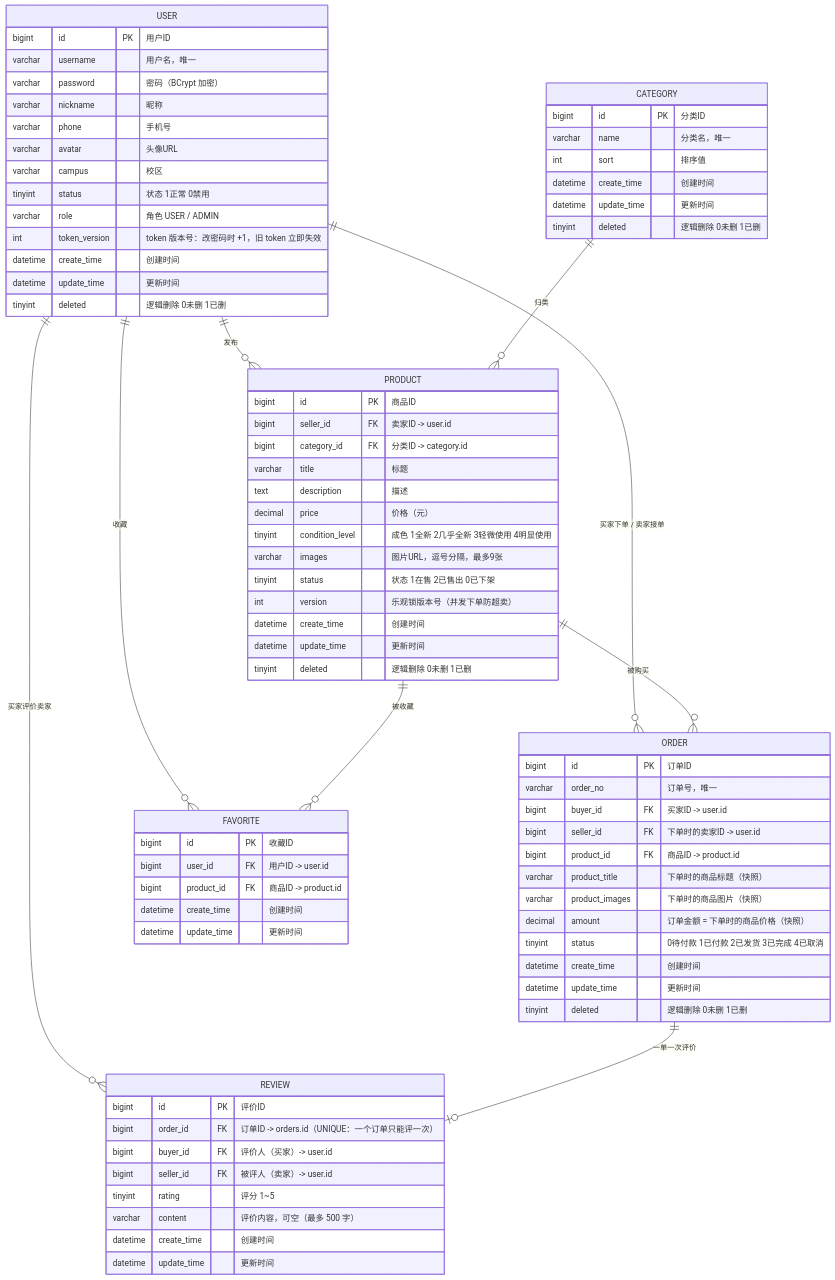
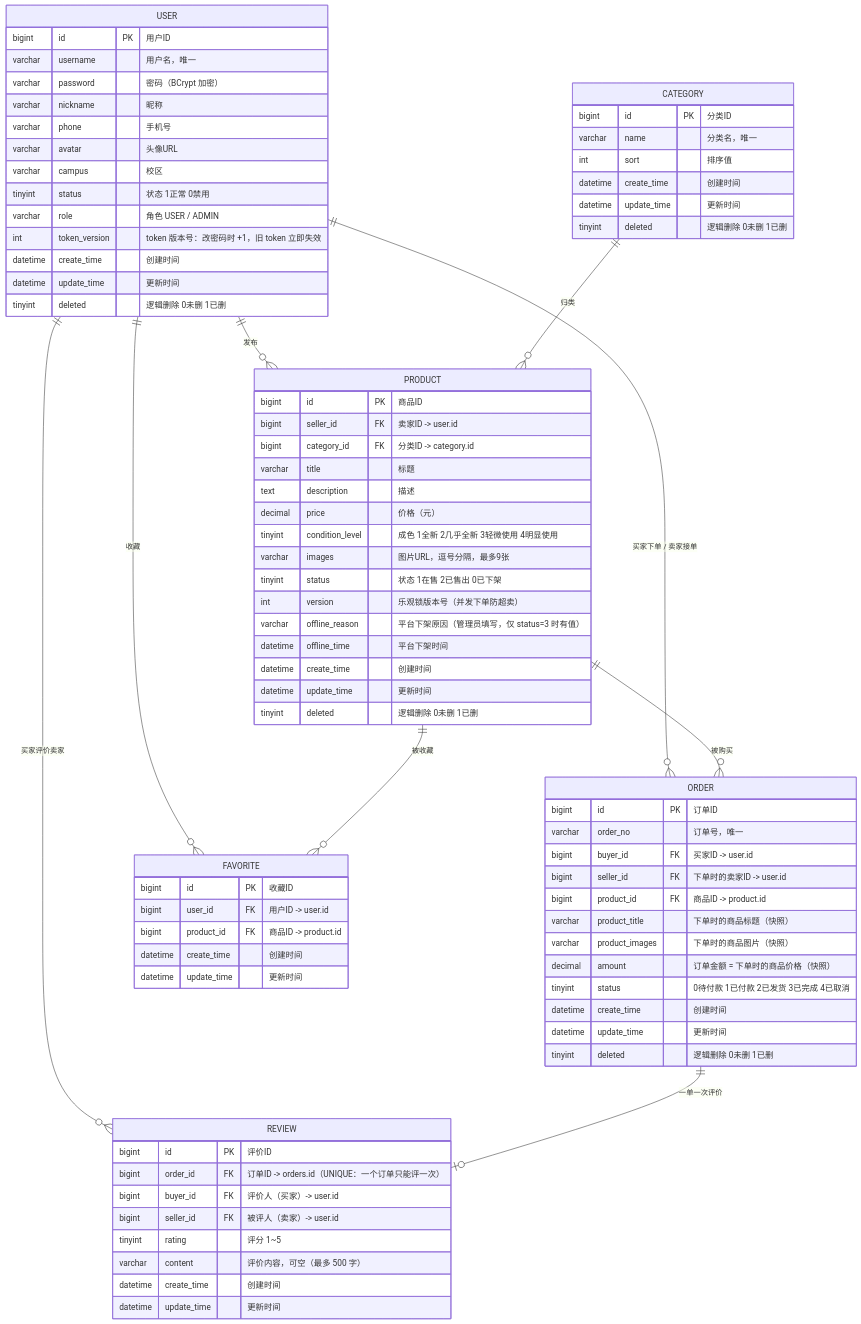
One commit to caijj9/CampusMart changed the diagram in docs/er-diagram.md. Above: the diagram before and after it, drawn with Mermaid. The commit also changed 2 other files, not shown here.

Commit message:
feat(product): product 表新增 offline_reason / offline_time（平台下架预留）
为 D7 平台强制下架准备字段：卖家下架是 status=0，平台下架是 status=3，这两列只在平台下架时有值。字段写进 init.sql 的 CREATE TABLE（不加 ALTER，保持幂等）；已有库用一次性 ALTER 补列；er-diagram 同步；README 的 mermaid 是关系图无字段，本次不动

```diff
--- a/docs/er-diagram.md
+++ b/docs/er-diagram.md
@@ -49,6 +49,8 @@
         varchar  images             "图片URL，逗号分隔，最多9张"
         tinyint  status             "状态 1在售 2已售出 0已下架"
         int      version            "乐观锁版本号（并发下单防超卖）"
+        varchar  offline_reason     "平台下架原因（管理员填写，仅 status=3 时有值）"
+        datetime offline_time       "平台下架时间"
         datetime create_time        "创建时间"
         datetime update_time        "更新时间"
         tinyint  deleted            "逻辑删除 0未删 1已删"
```
